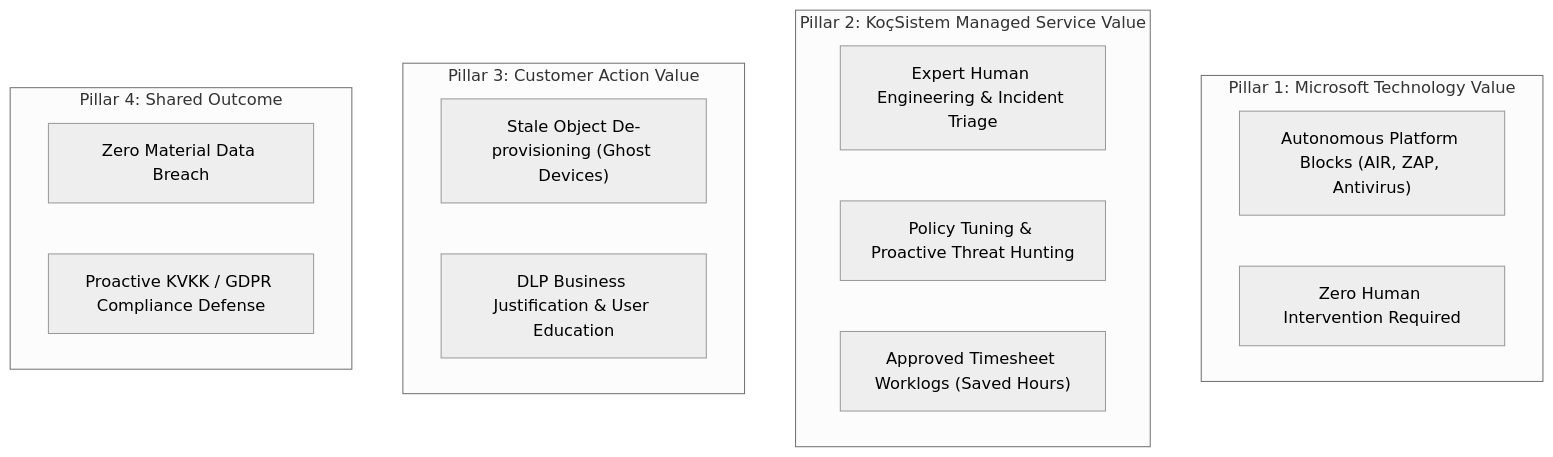
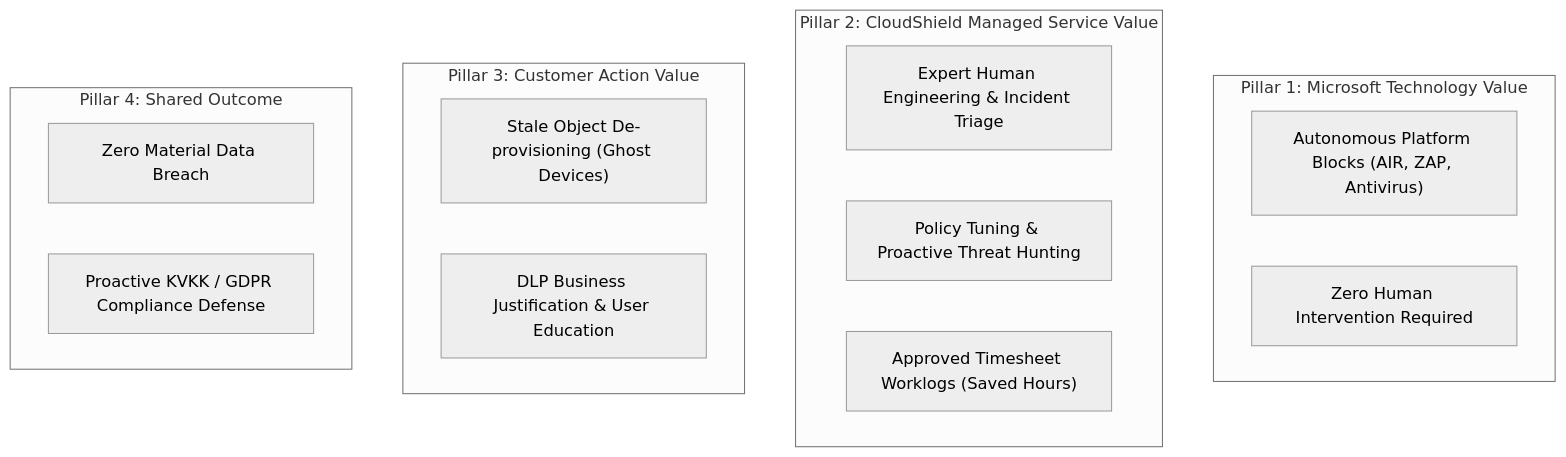
Before and after one commit to canercetinkaya/cloudshield-mssp-portal: the diagram in docs/reporting/value-attribution-model.md, drawn with Mermaid (neutral theme). The commit also changed other lines of this file and 36 other files, not shown here.

Commit message:
refactor(branding): remove all external company references and standardize on CloudShield

````diff
--- a/docs/reporting/value-attribution-model.md
+++ b/docs/reporting/value-attribution-model.md
@@ -12,23 +12,23 @@
 ```mermaid
 flowchart TD
     subgraph P1 ["Pillar 1: Microsoft Technology Value"]
         M1["Autonomous Platform Blocks (AIR, ZAP, Antivirus)"]
         M2["Zero Human Intervention Required"]
     end
 
-    subgraph P2 ["Pillar 2: KoçSistem Managed Service Value"]
+    subgraph P2 ["Pillar 2: CloudShield Managed Service Value"]
         K1["Expert Human Engineering & Incident Triage"]
         K2["Policy Tuning & Proactive Threat Hunting"]
         K3["Approved Timesheet Worklogs (Saved Hours)"]
     end
 
     subgraph P3 ["Pillar 3: Customer Action Value"]
         C1["Stale Object De-provisioning (Ghost Devices)"]
         C2["DLP Business Justification & User Education"]
     end
 
     subgraph P4 ["Pillar 4: Shared Outcome"]
         S1["Zero Material Data Breach"]
         S2["Proactive KVKK / GDPR Compliance Defense"]
     end
 ```
````
